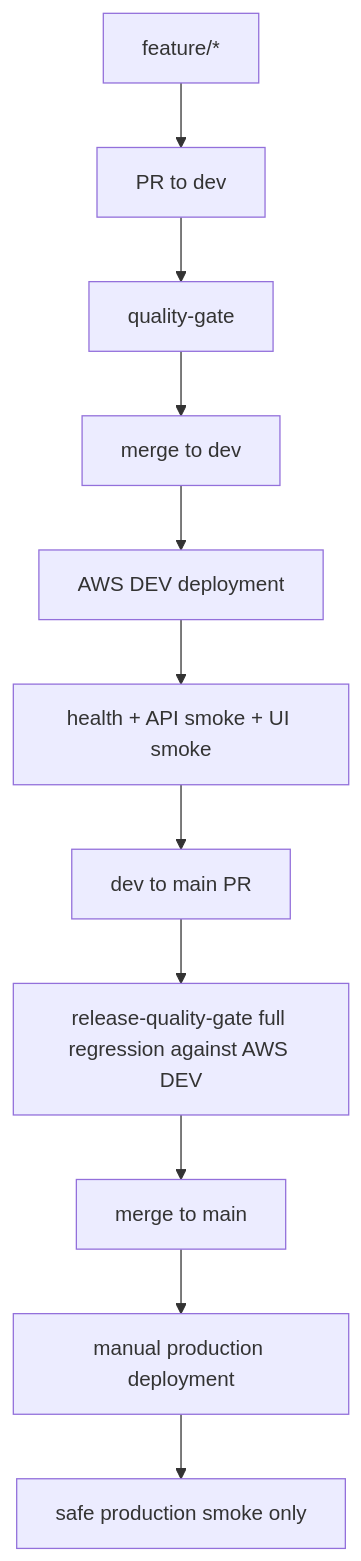
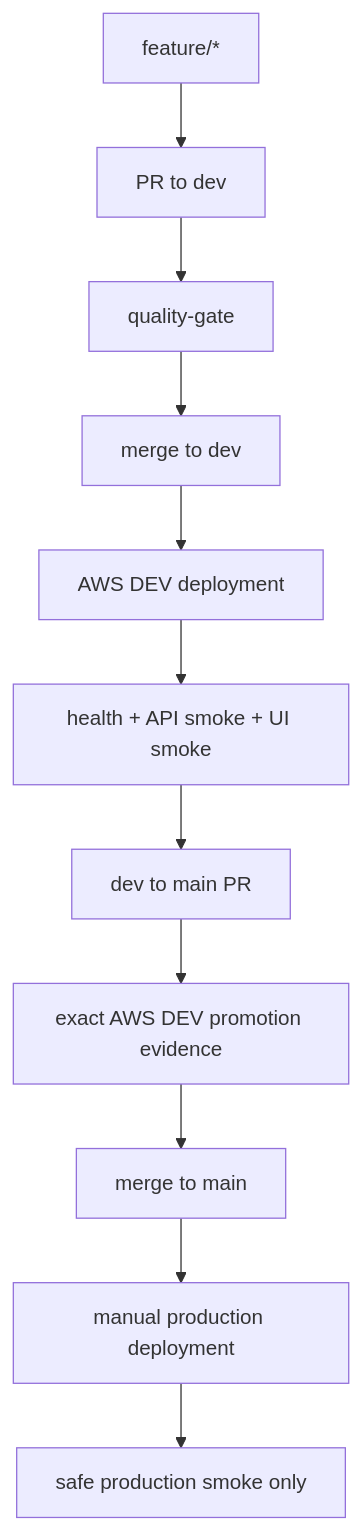
One commit to Shaobangzhu/chaoran-property-intelligence changed the fifth of 6 diagrams in docs/testing/test-framework.md. Above: the diagram before and after it, drawn with Mermaid. The commit also changed other lines of this file and 8 other files, not shown here.

Commit message:
feat(delivery): promote exact AWS DEV release

````diff
--- a/docs/testing/test-framework.md
+++ b/docs/testing/test-framework.md
@@ -496,13 +495,13 @@
 ```mermaid
 flowchart TD
     Feature[feature/*] --> DevPr[PR to dev]
     DevPr --> PrGate[quality-gate]
     PrGate --> Dev[merge to dev]
     Dev --> DevDeploy[AWS DEV deployment]
     DevDeploy --> DevSmoke[health + API smoke + UI smoke]
     DevSmoke --> ReleasePr[dev to main PR]
-    ReleasePr --> ReleaseGate[release-quality-gate full regression against AWS DEV]
+    ReleasePr --> ReleaseGate[exact AWS DEV promotion evidence]
     ReleaseGate --> Main[merge to main]
     Main --> ManualProd[manual production deployment]
     ManualProd --> ProdSmoke[safe production smoke only]
 ```
````
